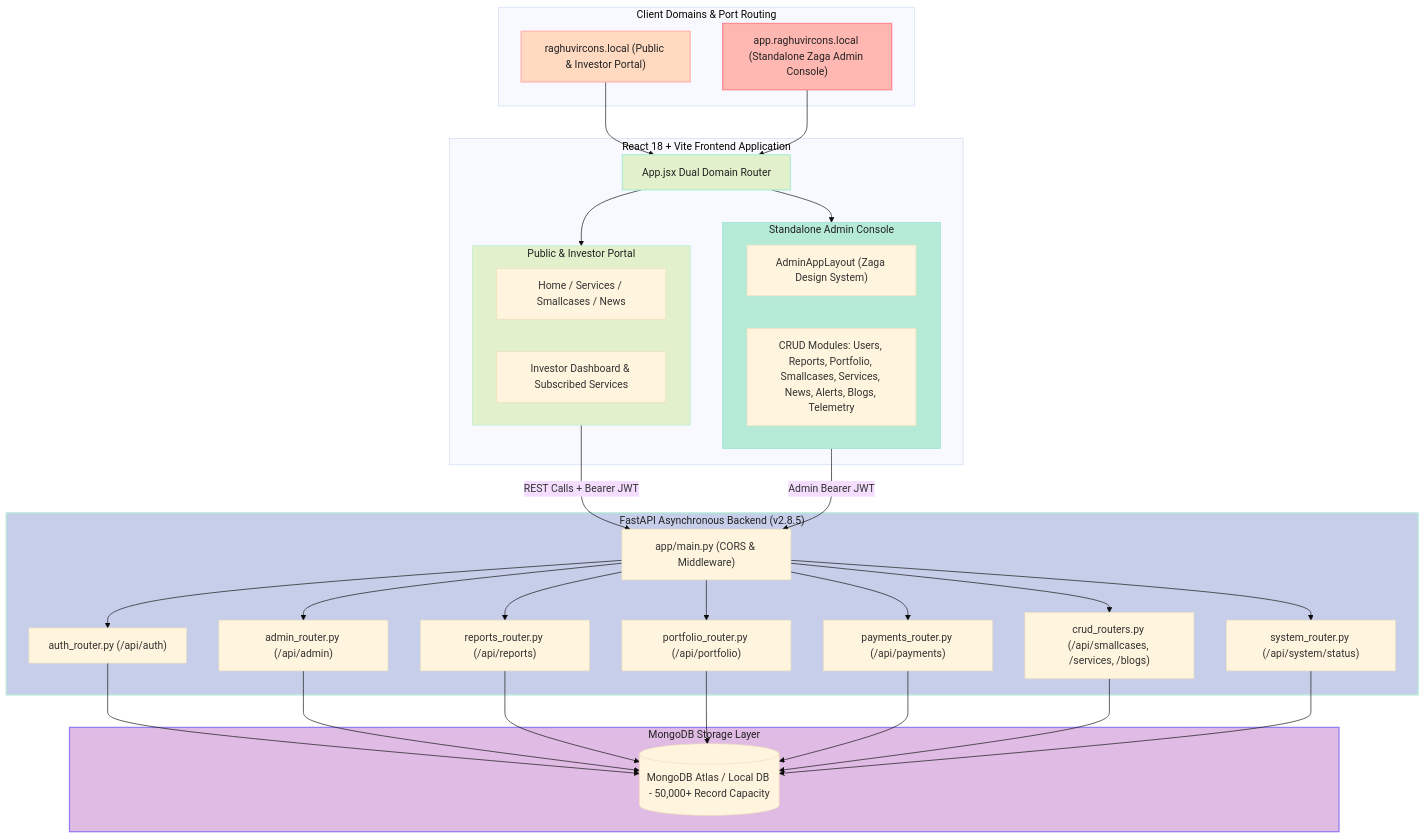
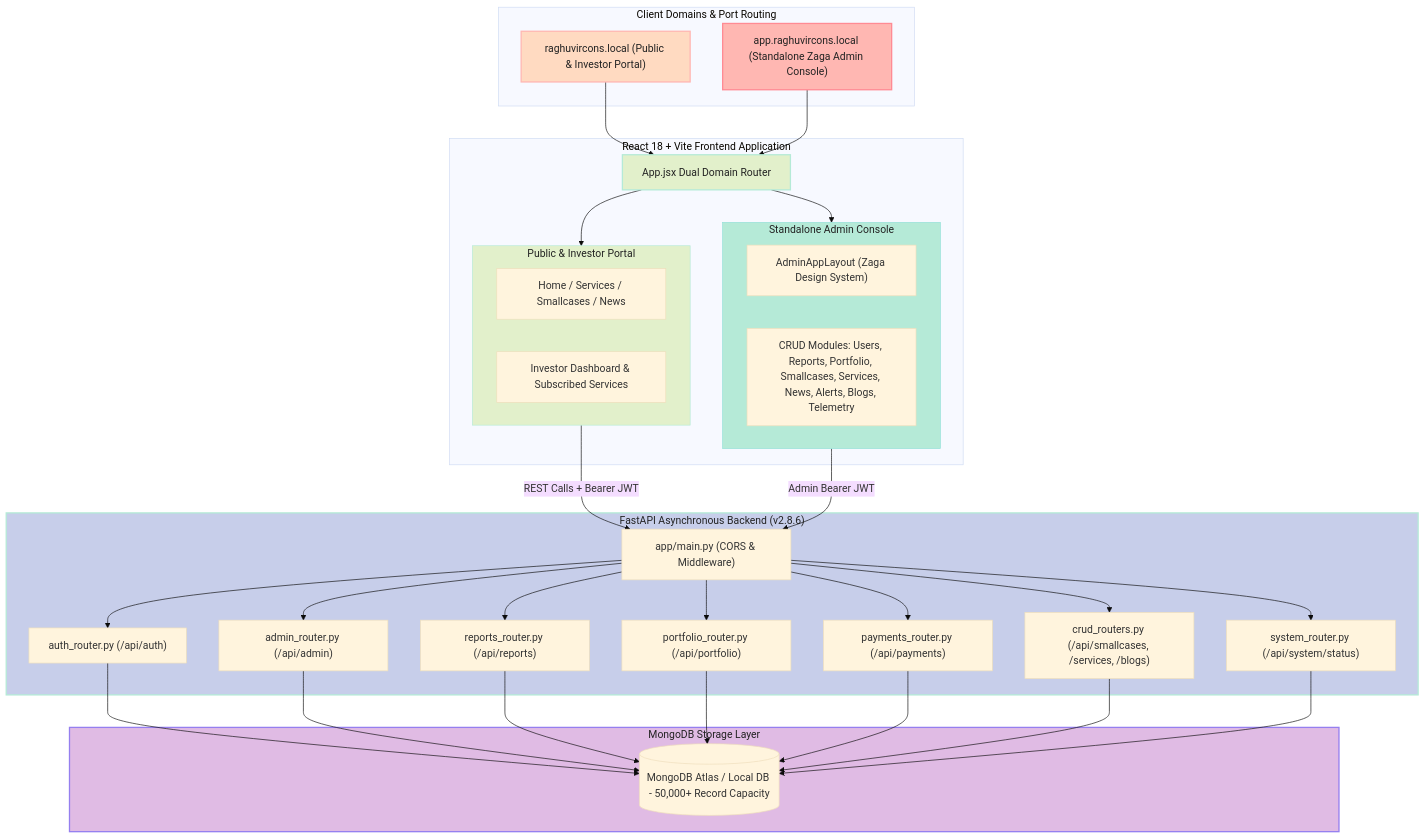
The first of 2 diagrams in backend/docs/ARCHITECTURE.md (tejasrsuthar/investment-strategy-all-weather), drawn with Mermaid (base theme) before and after one commit. The commit also changed other lines of this file and 11 other files, not shown here.

````diff
--- a/backend/docs/ARCHITECTURE.md
+++ b/backend/docs/ARCHITECTURE.md
@@ -14,70 +14,70 @@
 ```mermaid
 graph TD
     subgraph ClientDomains["Client Domains & Port Routing"]
         PublicDomain["raghuvircons.local (Public & Investor Portal)"]
         AdminDomain["app.raghuvircons.local (Standalone Zaga Admin Console)"]
     end
 
     subgraph ReactFrontend["React 18 + Vite Frontend Application"]
         AppRouter["App.jsx Dual Domain Router"]
         
         subgraph PublicPortal["Public & Investor Portal"]
           PublicViews["Home / Services / Smallcases / News"]
           InvestorPortal["Investor Dashboard & Subscribed Services"]
         end
 
         subgraph ZagaAdmin["Standalone Admin Console"]
           AdminLayout["AdminAppLayout (Zaga Design System)"]
           AdminModules["CRUD Modules: Users, Reports, Portfolio, Smallcases, Services, News, Alerts, Blogs, Telemetry"]
         end
       end
 
-    subgraph FastAPIServer["FastAPI Asynchronous Backend (v2.8.5)"]
+    subgraph FastAPIServer["FastAPI Asynchronous Backend (v2.8.6)"]
         API["app/main.py (CORS & Middleware)"]
         AuthRouter["auth_router.py (/api/auth)"]
         AdminRouter["admin_router.py (/api/admin)"]
         ReportsRouter["reports_router.py (/api/reports)"]
         PortfolioRouter["portfolio_router.py (/api/portfolio)"]
         PaymentsRouter["payments_router.py (/api/payments)"]
         CRUDRouters["crud_routers.py (/api/smallcases, /services, /blogs)"]
         SystemRouter["system_router.py (/api/system/status)"]
     end
 
     subgraph DataStore["MongoDB Storage Layer"]
         MongoDB[(MongoDB Atlas / Local DB - 50,000+ Record Capacity)]
     end
 
     PublicDomain --> AppRouter
     AdminDomain --> AppRouter
 
     AppRouter --> PublicPortal
     AppRouter --> ZagaAdmin
 
     PublicPortal -->|REST Calls + Bearer JWT| API
     ZagaAdmin -->|Admin Bearer JWT| API
 
     API --> AuthRouter
     API --> AdminRouter
     API --> ReportsRouter
     API --> PortfolioRouter
     API --> PaymentsRouter
     API --> CRUDRouters
     API --> SystemRouter
 
     AuthRouter --> MongoDB
     AdminRouter --> MongoDB
     ReportsRouter --> MongoDB
     PortfolioRouter --> MongoDB
     PaymentsRouter --> MongoDB
     CRUDRouters --> MongoDB
     SystemRouter --> MongoDB
 
     %% Pastel Color Palette Styling
     style PublicDomain fill:#FFDAC1,stroke:#FFB7B2,stroke-width:2px,color:#222;
     style AdminDomain fill:#FFB7B2,stroke:#FF8B94,stroke-width:2px,color:#222;
     style AppRouter fill:#E2F0CB,stroke:#B5EAD7,stroke-width:2px,color:#222;
     style PublicPortal fill:#E2F0CB,stroke:#B5EAD7,stroke-width:1px,color:#222;
     style ZagaAdmin fill:#B5EAD7,stroke:#93E1D8,stroke-width:1px,color:#222;
     style FastAPIServer fill:#C7CEEA,stroke:#B5EAD7,stroke-width:2px,color:#222;
     style DataStore fill:#E0BBE4,stroke:#957FEF,stroke-width:2px,color:#222;
 ```
````
